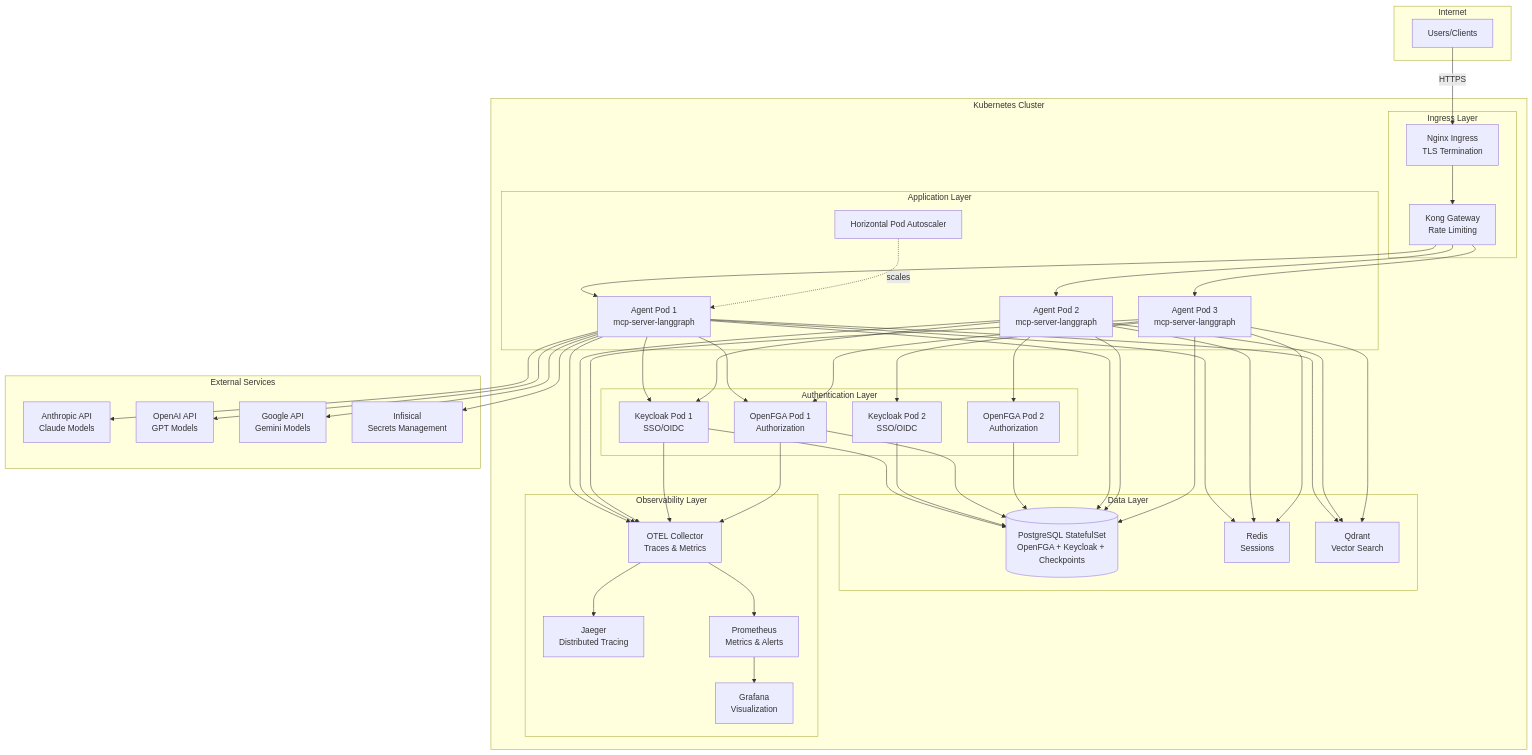
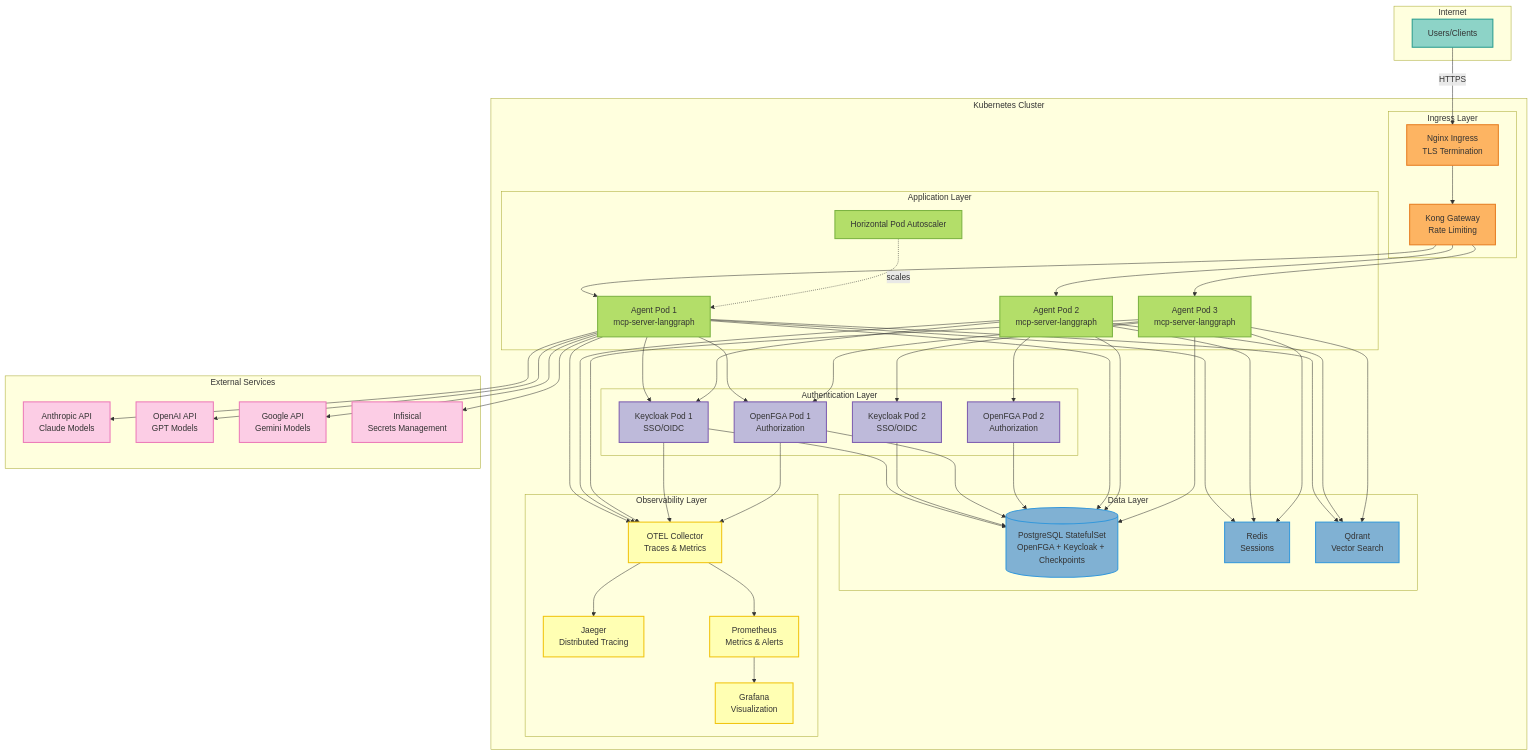
One commit to vishnu2kmohan/mcp-server-langgraph changed the fourth of 10 diagrams in docs/diagrams/system-architecture.mdx. Above: the diagram before and after it, drawn with Mermaid. The commit also changed other lines of this file, not shown here.

First line of the commit message:
docs: add ColorBrewer2 Set3 palette styling to 8 system architecture diagrams

````diff
--- a/docs/diagrams/system-architecture.mdx
+++ b/docs/diagrams/system-architecture.mdx
@@ -285,4 +301,20 @@
     OTELCol --> PrometheusPod
     PrometheusPod --> GrafanaPod
 
+    %% ColorBrewer2 Set3 palette - each component type uniquely colored
+    classDef externalStyle fill:#8dd3c7,stroke:#2a9d8f,stroke-width:2px,color:#333
+    classDef ingressStyle fill:#fdb462,stroke:#e67e22,stroke-width:2px,color:#333
+    classDef appStyle fill:#b3de69,stroke:#7cb342,stroke-width:2px,color:#333
+    classDef authStyle fill:#bebada,stroke:#7e5eb0,stroke-width:2px,color:#333
+    classDef dataStyle fill:#80b1d3,stroke:#3498db,stroke-width:2px,color:#333
+    classDef obsStyle fill:#ffffb3,stroke:#f1c40f,stroke-width:2px,color:#333
+    classDef serviceStyle fill:#fccde5,stroke:#ec7ab8,stroke-width:2px,color:#333
+
+    class Users externalStyle
+    class Ingress,Kong ingressStyle
+    class AgentPod1,AgentPod2,AgentPod3,HPA appStyle
+    class KeycloakPod1,KeycloakPod2,OpenFGAPod1,OpenFGAPod2 authStyle
+    class PostgresDB,RedisPod,QdrantPod dataStyle
+    class OTELCol,JaegerPod,PrometheusPod,GrafanaPod obsStyle
+    class Anthropic,OpenAI,Google,Infisical serviceStyle
 ```
````
